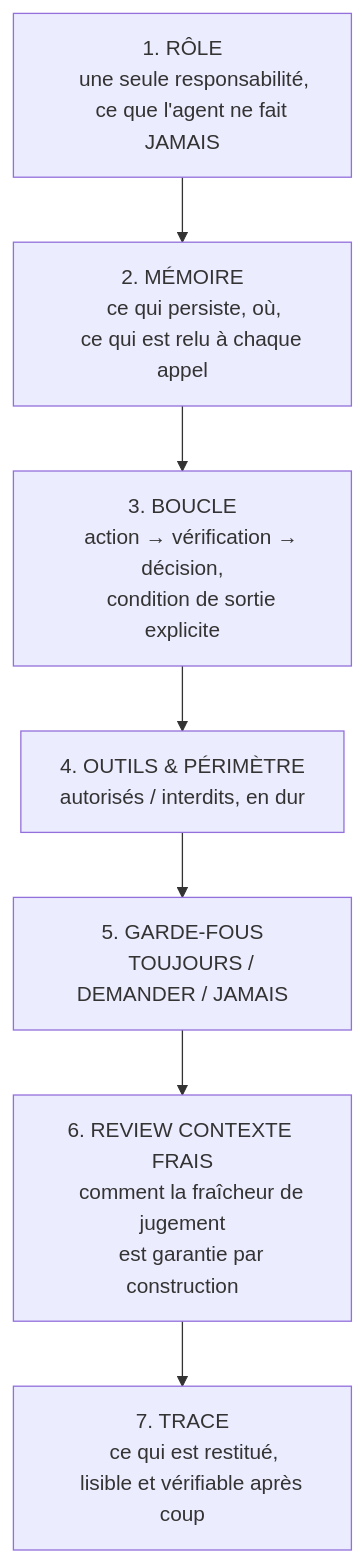
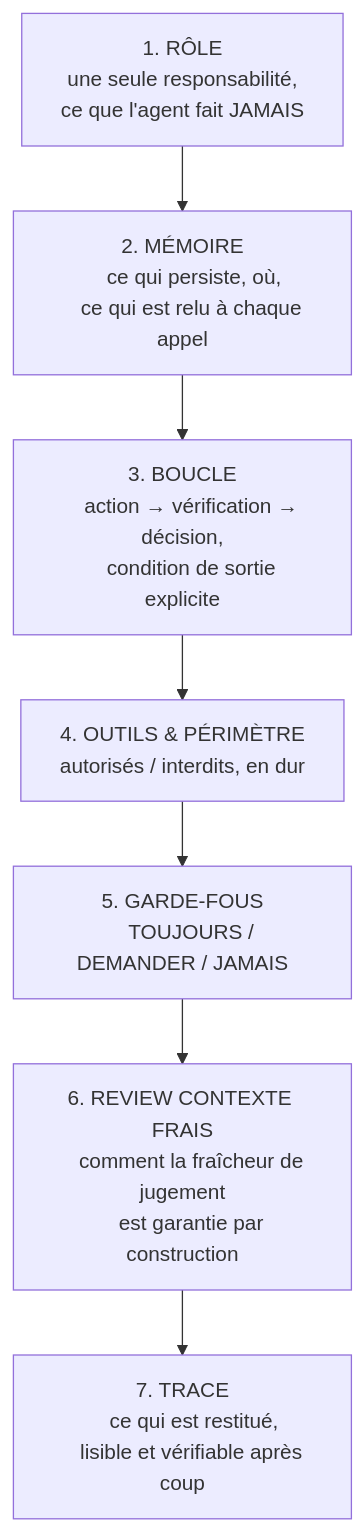
Before and after one commit to techmefr/mentis: the first of 3 diagrams in doc/COMMENT-ON-ECRIT-NOS-AGENTS.md, drawn with Mermaid. The commit also changed other lines of this file and 1 other file, not shown here.

````diff
--- a/doc/COMMENT-ON-ECRIT-NOS-AGENTS.md
+++ b/doc/COMMENT-ON-ECRIT-NOS-AGENTS.md
@@ -73,23 +74,23 @@
 ```mermaid
 flowchart TD
     R["1. RÔLE
     une seule responsabilité,
-    ce que l'agent ne fait JAMAIS"]
+    ce que l'agent fait JAMAIS"]
     M["2. MÉMOIRE
     ce qui persiste, où,
     ce qui est relu à chaque appel"]
     B["3. BOUCLE
     action → vérification → décision,
     condition de sortie explicite"]
     O["4. OUTILS & PÉRIMÈTRE
     autorisés / interdits, en dur"]
     G["5. GARDE-FOUS
     TOUJOURS / DEMANDER / JAMAIS"]
     C["6. REVIEW CONTEXTE FRAIS
     comment la fraîcheur de jugement
     est garantie par construction"]
     T["7. TRACE
     ce qui est restitué,
     lisible et vérifiable après coup"]
     R --> M --> B --> O --> G --> C --> T
 ```
````
